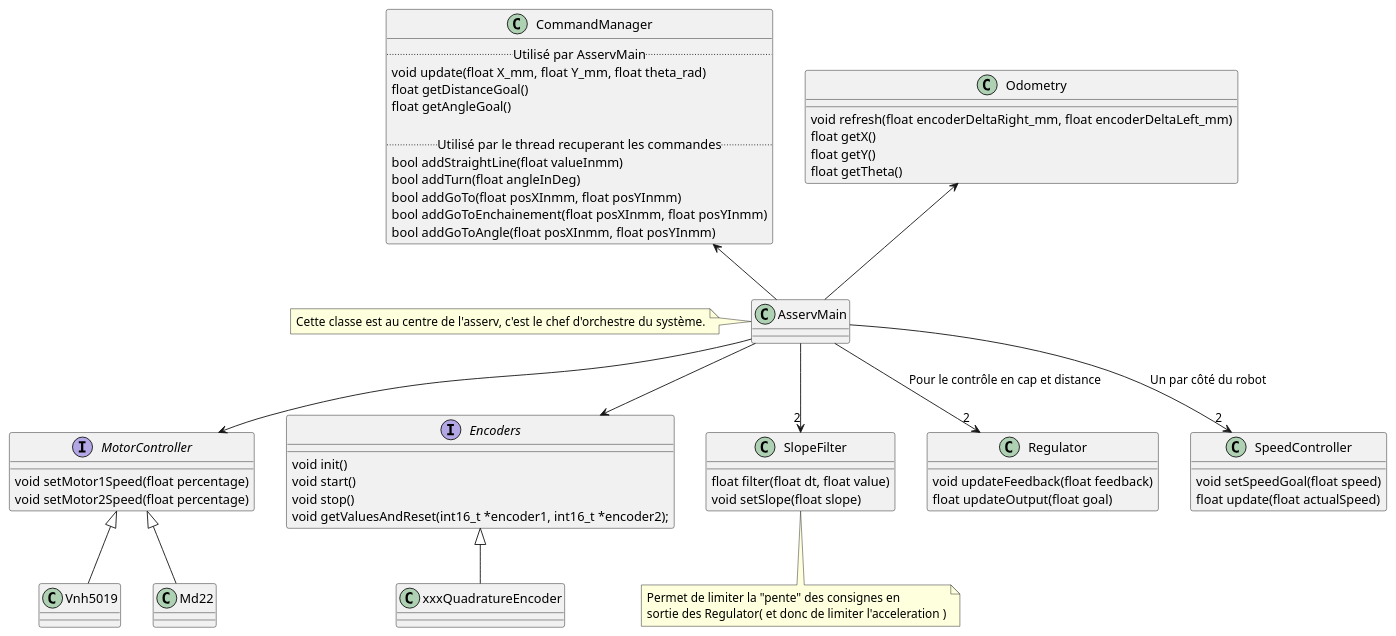
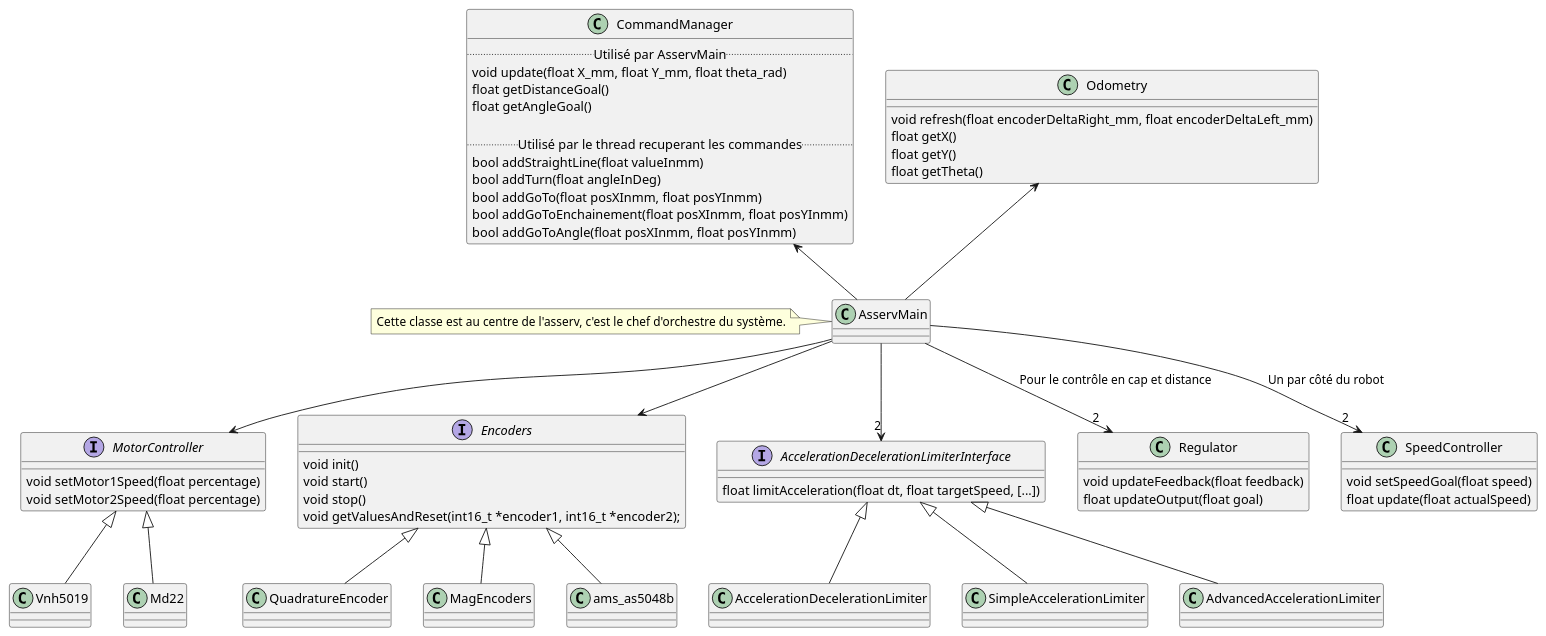
Before and after one commit to EsialRobotik/asserv_chibios: the diagram in misc/arch.plantuml, drawn with PlantUML. The commit also changed 1 other file, not shown here.

Commit message:
Update plantuml

```diff
--- a/misc/arch.plantuml
+++ b/misc/arch.plantuml
@@ -1,68 +1,73 @@
 @startuml
 interface MotorController {
 void setMotor1Speed(float percentage)
 void setMotor2Speed(float percentage)
 }
 
 interface Encoders {
 void init()
 void start()
 void stop()
 void getValuesAndReset(int16_t *encoder1, int16_t *encoder2);
 }
 
 
 class AsservMain
 note left : Cette classe est au centre de l'asserv, c'est le chef d'orchestre du système.
 
-class SlopeFilter {
-float filter(float dt, float value)
-void setSlope(float slope)
+interface AccelerationDecelerationLimiterInterface {
+float limitAcceleration(float dt, float targetSpeed, [...])
 }
-Note bottom : Permet de limiter la "pente" des consignes en \nsortie des Regulator( et donc de limiter l'acceleration )
+
 
 
 class Odometry {
 void refresh(float encoderDeltaRight_mm, float encoderDeltaLeft_mm)
 float getX()
 float getY()
 float getTheta()
 }
 
 class Regulator {
 void updateFeedback(float feedback)
 float updateOutput(float goal)
 }
 
 class SpeedController {
 void setSpeedGoal(float speed)
 float update(float actualSpeed)
 }
 
 class CommandManager {
 .. Utilisé par AsservMain ..
 void update(float X_mm, float Y_mm, float theta_rad)
 float getDistanceGoal()
 float getAngleGoal()
 
 .. Utilisé par le thread recuperant les commandes ..
 bool addStraightLine(float valueInmm)
 bool addTurn(float angleInDeg)
 bool addGoTo(float posXInmm, float posYInmm)
 bool addGoToEnchainement(float posXInmm, float posYInmm)
 bool addGoToAngle(float posXInmm, float posYInmm)
 }
 
 AsservMain --> MotorController
 MotorController <|-- Vnh5019
 MotorController <|-- Md22
 
 AsservMain --> Encoders
-Encoders <|-- xxxQuadratureEncoder
+Encoders <|-- QuadratureEncoder
+Encoders <|-- MagEncoders
+Encoders <|-- ams_as5048b
+
+AccelerationDecelerationLimiterInterface <|-- AccelerationDecelerationLimiter
+AccelerationDecelerationLimiterInterface <|-- SimpleAccelerationLimiter
+AccelerationDecelerationLimiterInterface <|-- AdvancedAccelerationLimiter
 
 AsservMain -up-> Odometry
 AsservMain --> "2" SpeedController : Un par côté du robot
 AsservMain --> "2" Regulator : Pour le contrôle en cap et distance
-AsservMain --> "2" SlopeFilter
+AsservMain --> "2" AccelerationDecelerationLimiterInterface
 AsservMain -up-> CommandManager
 @enduml
```
